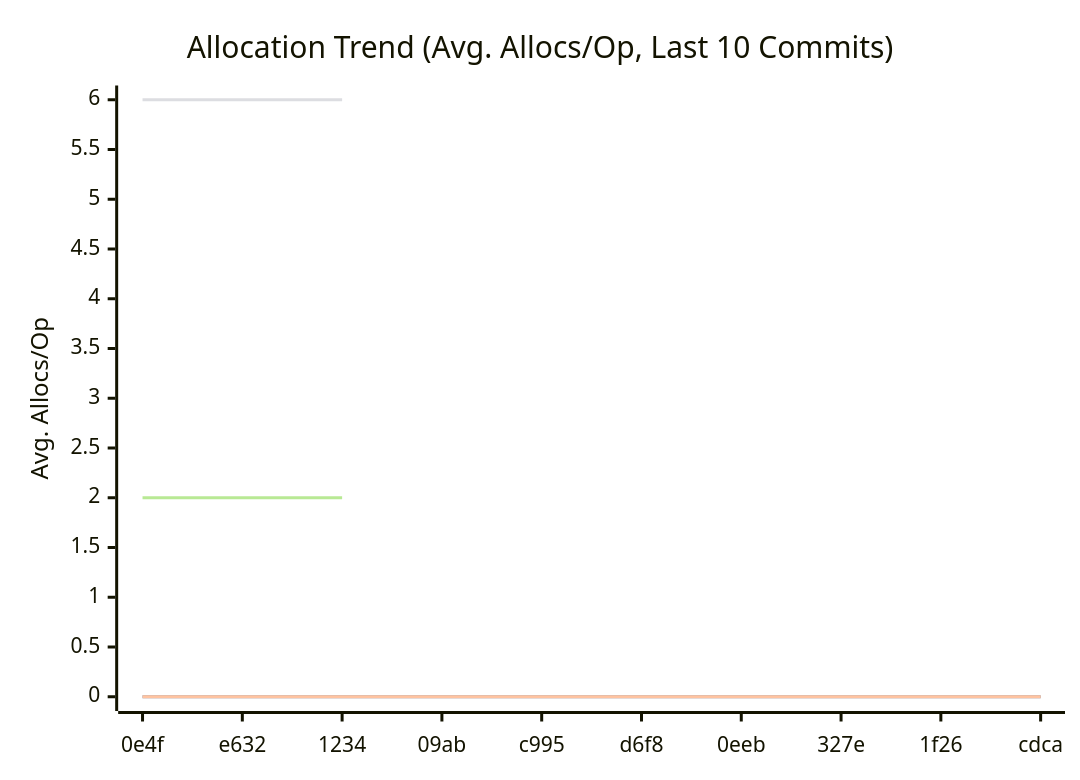
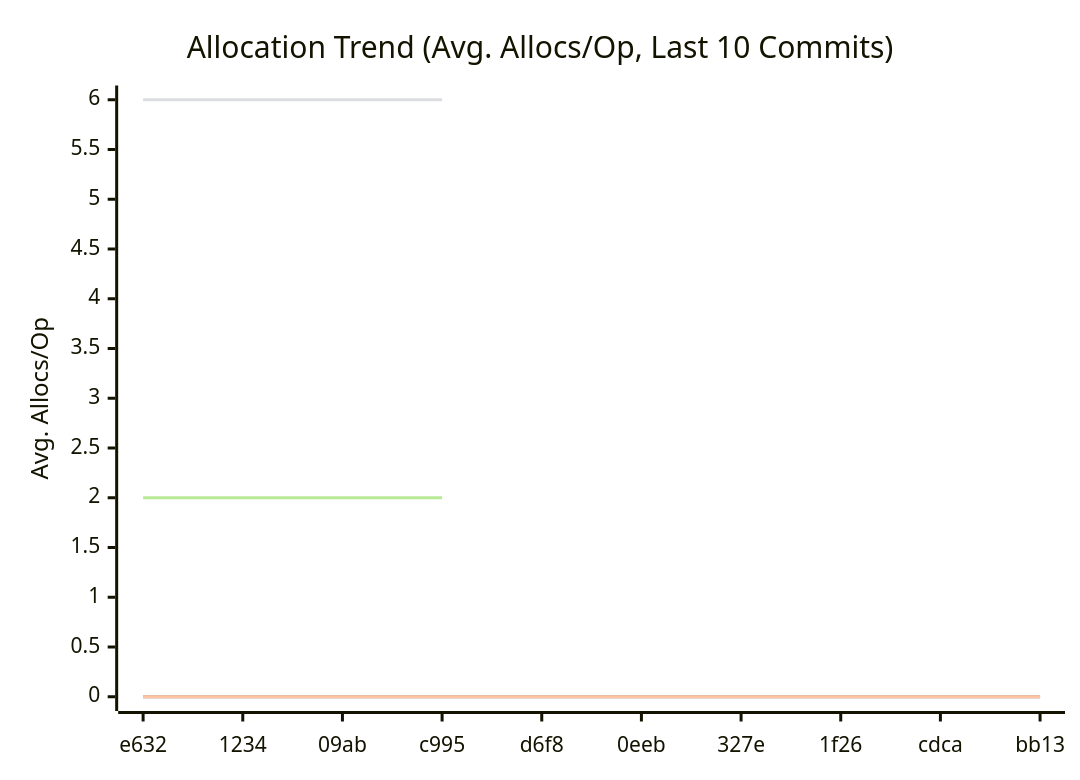
Before and after one commit to alsotoes/momo: the third of 3 diagrams in doc/README.md, drawn with Mermaid. The commit also changed other lines of this file and 1 other file, not shown here.

````diff
--- a/doc/README.md
+++ b/doc/README.md
@@ -322,12 +322,12 @@
 ```mermaid
 xychart-beta
     title "Allocation Trend (Avg. Allocs/Op, Last 10 Commits)"
     x-axis "Commit"
     y-axis "Avg. Allocs/Op"
-    x-axis [0e4f,e632,1234,09ab,c995,d6f8,0eeb,327e,1f26,cdca]
+    x-axis [e632,1234,09ab,c995,d6f8,0eeb,327e,1f26,cdca,bb13]
     line "CheckMetricsAndSwap" [0,0,0,0,0,0,0,0,0,0]
     line "IndexDirectTracking" [0,0,0,0,0,0,0,0,0,0]
     line "IndexSearch" [0,0,0,0,0,0,0,0,0,0]
-    line "ParseReplicationOrder_NoPrealloc" [6,6,6]
-    line "ParseReplicationOrder_Prealloc" [2,2,2]
+    line "ParseReplicationOrder_NoPrealloc" [6,6,6,6]
+    line "ParseReplicationOrder_Prealloc" [2,2,2,2]
 ```
````
